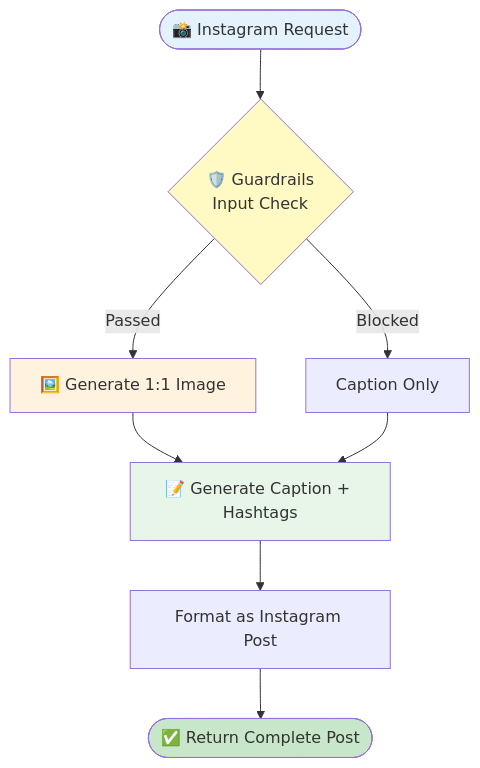
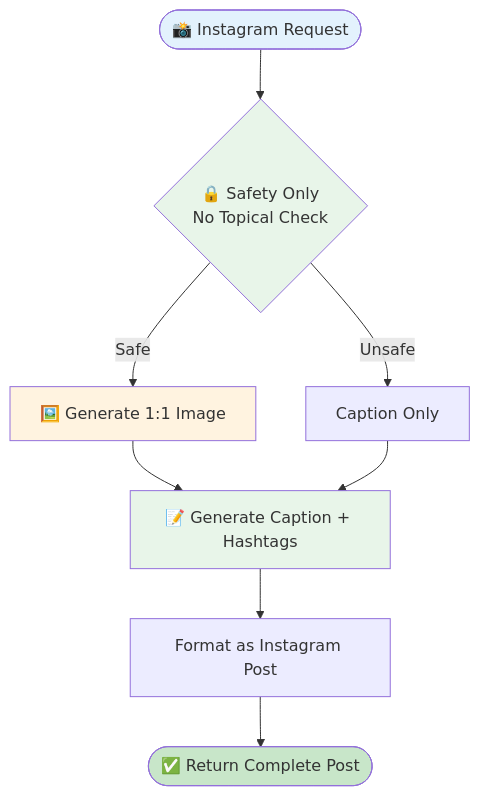
One commit to jayanthanantharaman/reach changed the third of 3 diagrams in docs/langgraph_flowchart.md. Above: the diagram before and after it, drawn with Mermaid. The commit also changed other lines of this file and 2 other files, not shown here.

Commit message:
REACH - Removed topical guard for instagram post generator

````diff
--- a/docs/langgraph_flowchart.md
+++ b/docs/langgraph_flowchart.md
@@ -147,16 +147,16 @@
 ```mermaid
 flowchart TD
-    START([📸 Instagram Request]) --> CHECK{🛡️ Guardrails<br/>Input Check}
-    CHECK -->|Passed| IMAGE[🖼️ Generate 1:1 Image]
-    CHECK -->|Blocked| CAPTION_ONLY[Caption Only]
+    START([📸 Instagram Request]) --> CHECK{🔒 Safety Only<br/>No Topical Check}
+    CHECK -->|Safe| IMAGE[🖼️ Generate 1:1 Image]
+    CHECK -->|Unsafe| CAPTION_ONLY[Caption Only]
     IMAGE --> CAPTION[📝 Generate Caption + Hashtags]
     CAPTION_ONLY --> CAPTION
     CAPTION --> FORMAT[Format as Instagram Post]
     FORMAT --> RETURN([✅ Return Complete Post])
     
     style START fill:#e3f2fd
-    style CHECK fill:#fff9c4
+    style CHECK fill:#e8f5e9
     style IMAGE fill:#fff3e0
     style CAPTION fill:#e8f5e9
     style RETURN fill:#c8e6c9
 ```
````
